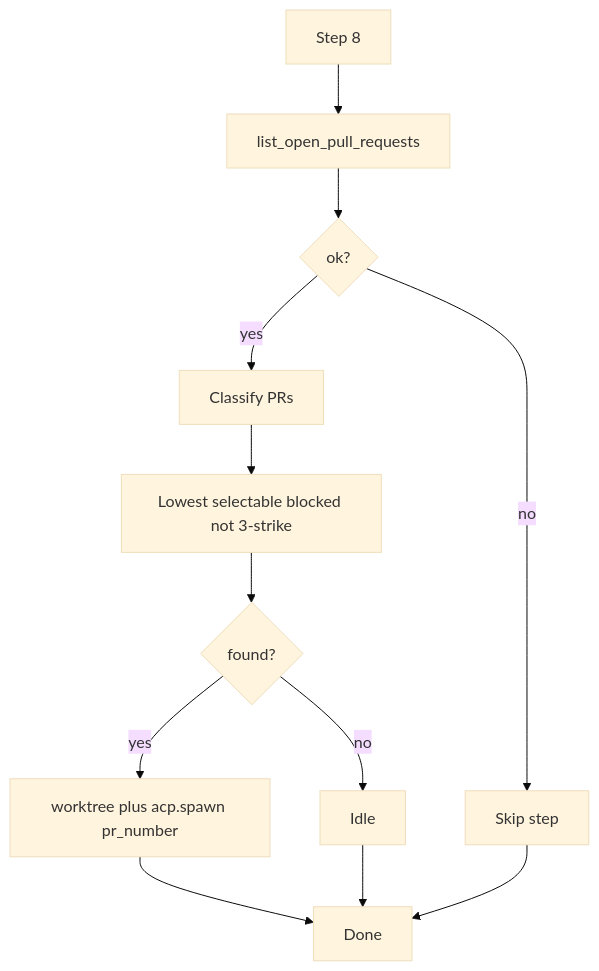
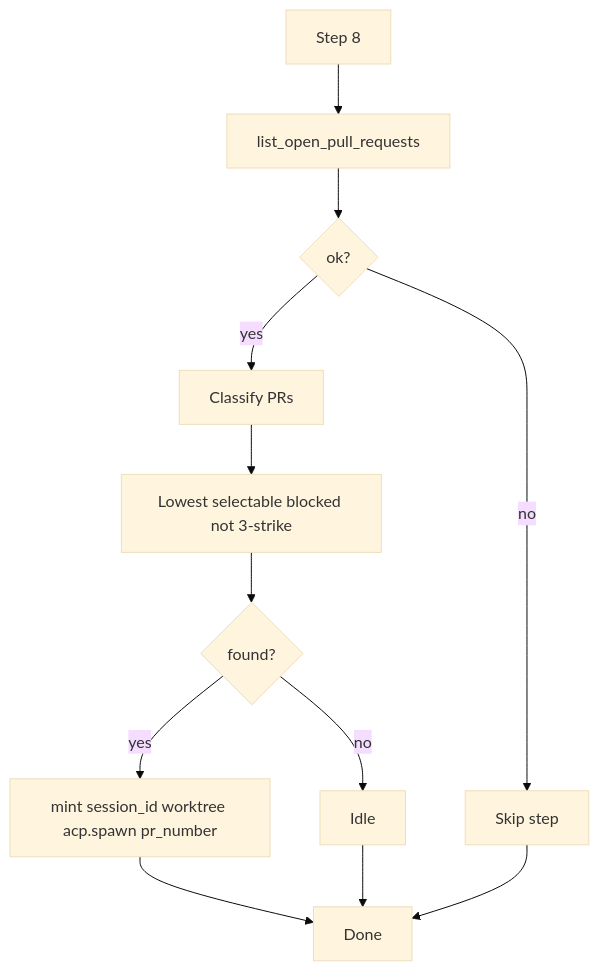
One commit to waigore/orkie changed the fifth of 6 diagrams in spec/design/sequences.md. Above: the diagram before and after it, drawn with Mermaid (base theme). The commit also changed other lines of this file and 51 other files, not shown here.

````diff
--- a/spec/design/sequences.md
+++ b/spec/design/sequences.md
@@ -186,14 +195,14 @@
 ```mermaid
 flowchart TD
   start[Step 8] --> fetch[list_open_pull_requests]
   fetch --> fail{ok?}
   fail -->|no| skip[Skip step]
   fail -->|yes| classify[Classify PRs]
   classify --> pick[Lowest selectable blocked not 3-strike]
   pick --> found{found?}
   found -->|no| idle[Idle]
-  found -->|yes| spawn[worktree plus acp.spawn pr_number]
+  found -->|yes| spawn[mint session_id worktree acp.spawn pr_number]
   spawn --> done[Done]
   idle --> done
   skip --> done
 ```
````
